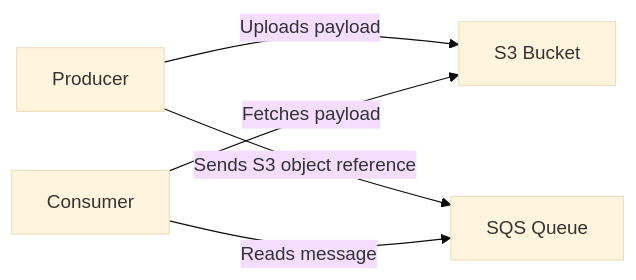
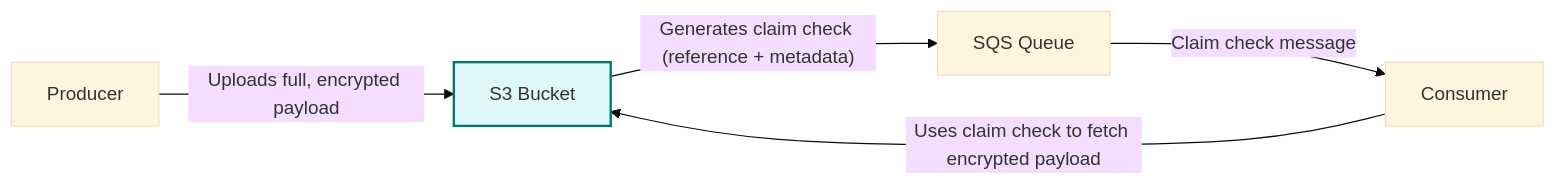
The diagram in doc/architecture.md (kaimmej/module_terraform_streamProcess_S3toSQS), drawn with Mermaid (base theme) before and after one commit. The commit also changed other lines of this file, not shown here.

Commit message:
redrewe the flowchart

````diff
--- a/doc/architecture.md
+++ b/doc/architecture.md
@@ -16,7 +16,10 @@
 ```mermaid
 flowchart LR
-    A[Producer] -- Uploads payload --> B[S3 Bucket]
-    A -- Sends S3 object reference --> C[SQS Queue]
-    D[Consumer] -- Reads message --> C
-    D -- Fetches payload --> B
+    A[Producer] -- Uploads full, encrypted payload --> B[S3 Bucket]
+    B -- Generates claim check (reference + metadata) --> C[SQS Queue]
+    C -- Claim check message --> D[Consumer]
+    D -- Uses claim check to fetch encrypted payload --> B
+    B:::encrypted
+
+    classDef encrypted fill:#e0f7fa,stroke:#00796b,stroke-width:2;
 ```
````
